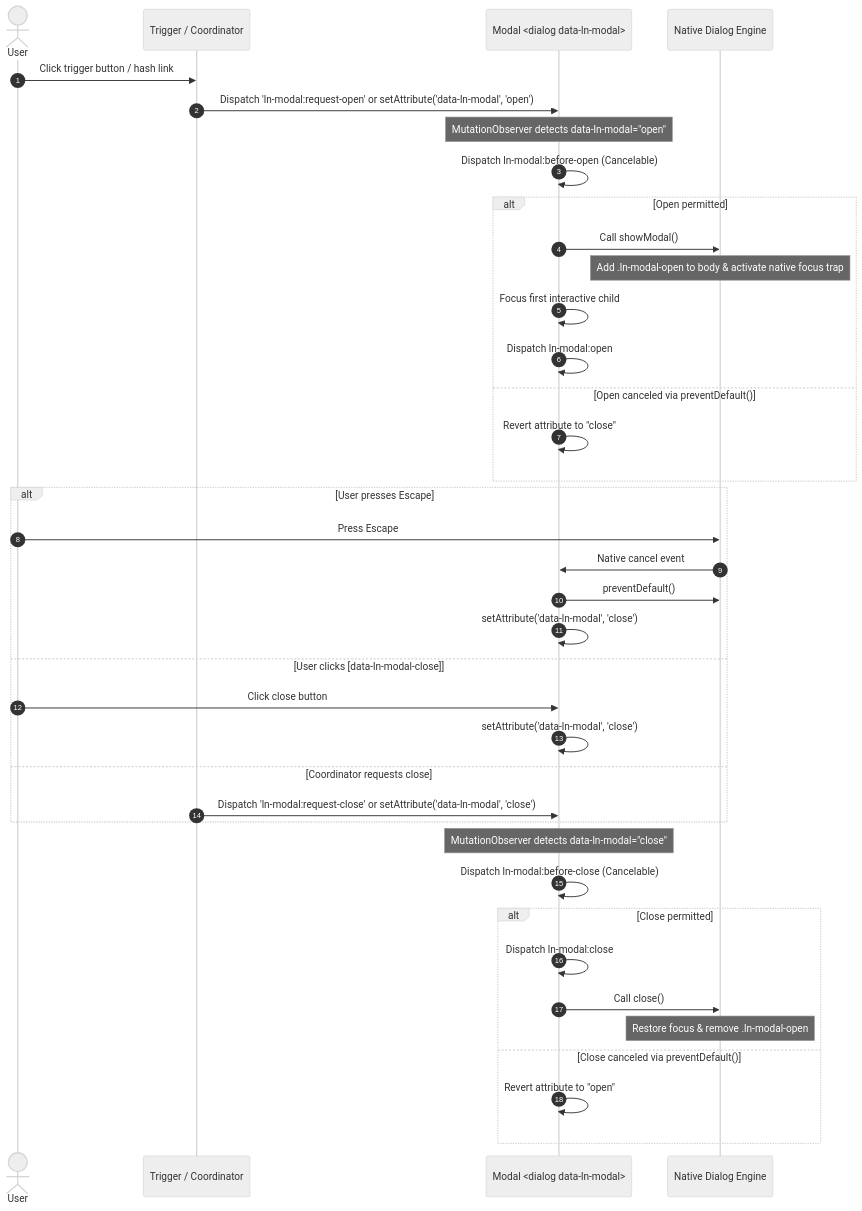
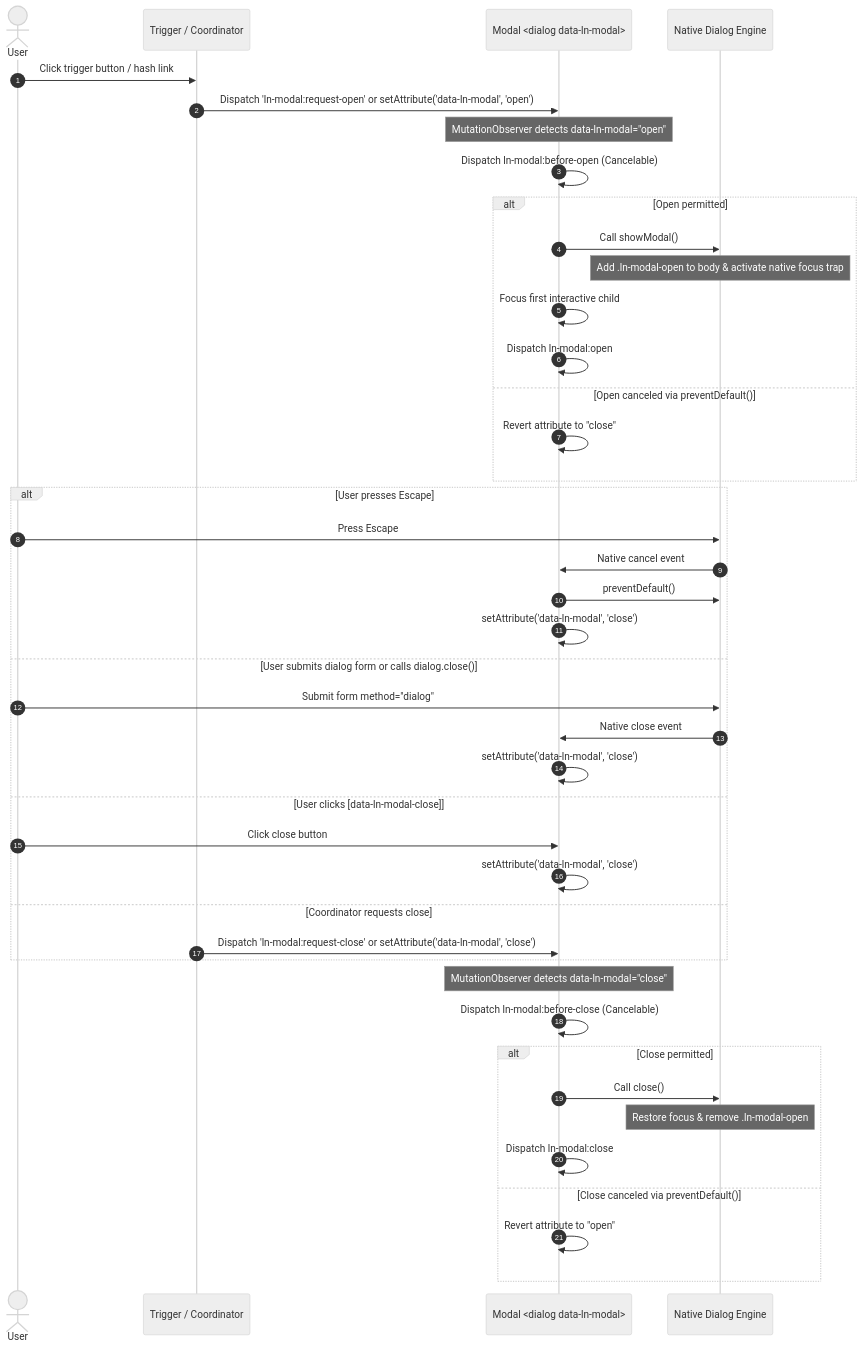
Before and after one commit to livenetworks/ln-ashlar: the diagram in docs-mcp/components/ln-modal.md, drawn with Mermaid (neutral theme). The commit also changed other lines of this file and 44 other files, not shown here.

````diff
--- a/docs-mcp/components/ln-modal.md
+++ b/docs-mcp/components/ln-modal.md
@@ -208,46 +208,50 @@
 ```mermaid
 sequenceDiagram
     autonumber
     actor User
     participant Trigger as Trigger / Coordinator
     participant Modal as Modal <dialog data-ln-modal>
     participant Browser as Native Dialog Engine
 
     User->>Trigger: Click trigger button / hash link
     Trigger->>Modal: Dispatch 'ln-modal:request-open' or setAttribute('data-ln-modal', 'open')
     
     Note over Modal: MutationObserver detects data-ln-modal="open"
     Modal->>Modal: Dispatch ln-modal:before-open (Cancelable)
     
     alt Open permitted
         Modal->>Browser: Call showModal()
         Note over Browser: Add .ln-modal-open to body & activate native focus trap
         Modal->>Modal: Focus first interactive child
         Modal->>Modal: Dispatch ln-modal:open
     else Open canceled via preventDefault()
         Modal->>Modal: Revert attribute to "close"
     end
 
     alt User presses Escape
         User->>Browser: Press Escape
         Browser->>Modal: Native cancel event
         Modal->>Browser: preventDefault()
         Modal->>Modal: setAttribute('data-ln-modal', 'close')
+    else User submits dialog form or calls dialog.close()
+        User->>Browser: Submit form method="dialog"
+        Browser->>Modal: Native close event
+        Modal->>Modal: setAttribute('data-ln-modal', 'close')
     else User clicks [data-ln-modal-close]
         User->>Modal: Click close button
         Modal->>Modal: setAttribute('data-ln-modal', 'close')
     else Coordinator requests close
         Trigger->>Modal: Dispatch 'ln-modal:request-close' or setAttribute('data-ln-modal', 'close')
     end
 
     Note over Modal: MutationObserver detects data-ln-modal="close"
     Modal->>Modal: Dispatch ln-modal:before-close (Cancelable)
 
     alt Close permitted
-        Modal->>Modal: Dispatch ln-modal:close
         Modal->>Browser: Call close()
         Note over Browser: Restore focus & remove .ln-modal-open
+        Modal->>Modal: Dispatch ln-modal:close
     else Close canceled via preventDefault()
         Modal->>Modal: Revert attribute to "open"
     end
 ```
````
